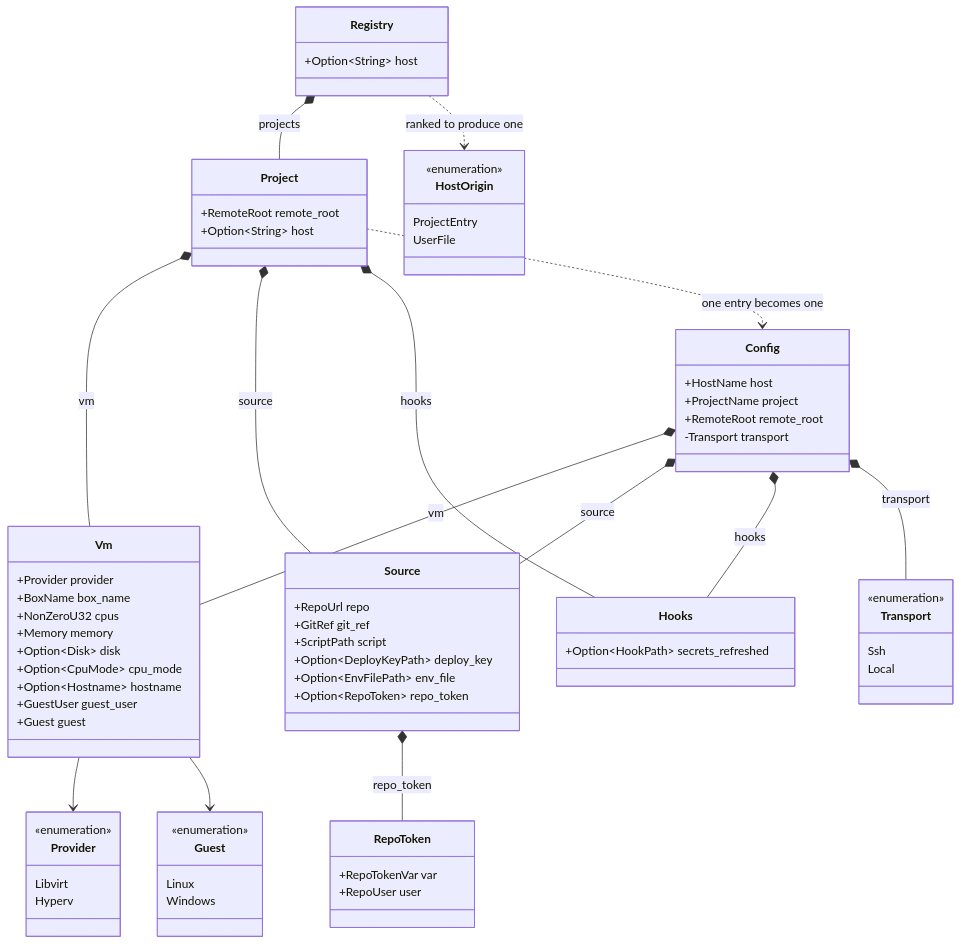
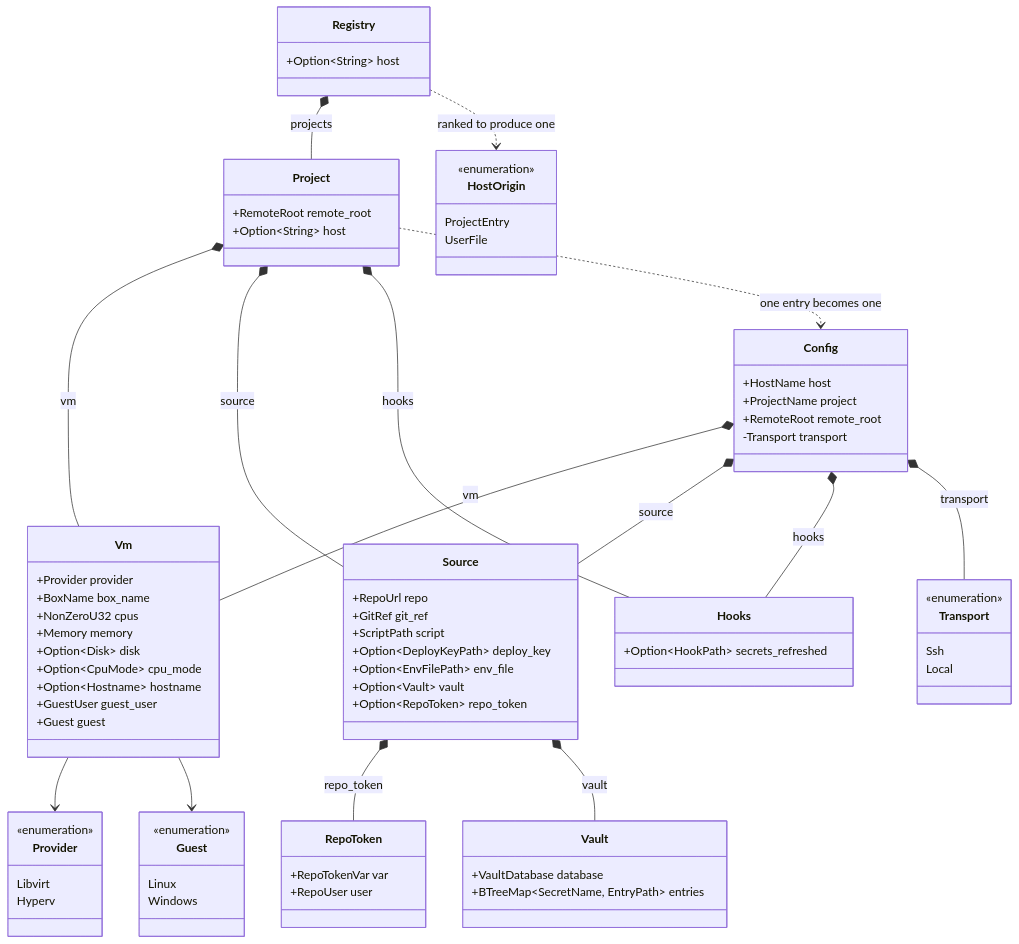
Before and after one commit to breki/bombyx: the third of 6 diagrams in docs/architecture.md, drawn with Mermaid. The commit also changed 21 other files, not shown here.

````diff
--- a/docs/architecture.md
+++ b/docs/architecture.md
@@ -151,76 +151,82 @@
 ```mermaid
 classDiagram
   class Config {
     +HostName host
     +ProjectName project
     +RemoteRoot remote_root
     -Transport transport
   }
   class Vm {
     +Provider provider
     +BoxName box_name
     +NonZeroU32 cpus
     +Memory memory
     +Option~Disk~ disk
     +Option~CpuMode~ cpu_mode
     +Option~Hostname~ hostname
     +GuestUser guest_user
     +Guest guest
   }
   class Source {
     +RepoUrl repo
     +GitRef git_ref
     +ScriptPath script
     +Option~DeployKeyPath~ deploy_key
     +Option~EnvFilePath~ env_file
+    +Option~Vault~ vault
     +Option~RepoToken~ repo_token
+  }
+  class Vault {
+    +VaultDatabase database
+    +BTreeMap~SecretName, EntryPath~ entries
   }
   class RepoToken {
     +RepoTokenVar var
     +RepoUser user
   }
   class Hooks {
     +Option~HookPath~ secrets_refreshed
   }
   class Provider {
     <<enumeration>>
     Libvirt
     Hyperv
   }
   class Guest {
     <<enumeration>>
     Linux
     Windows
   }
   class Registry {
     +Option~String~ host
   }
   class Project {
     +RemoteRoot remote_root
     +Option~String~ host
   }
   class HostOrigin {
     <<enumeration>>
     ProjectEntry
     UserFile
   }
   class Transport {
     <<enumeration>>
     Ssh
     Local
   }
 
   Config *-- Vm : vm
   Config *-- Source : source
   Config *-- Hooks : hooks
   Config *-- Transport : transport
   Registry *-- Project : projects
   Project *-- Vm : vm
   Project *-- Source : source
   Project *-- Hooks : hooks
   Project ..> Config : one entry becomes one
   Vm --> Provider
   Vm --> Guest
   Source *-- RepoToken : repo_token
+  Source *-- Vault : vault
   Registry ..> HostOrigin : ranked to produce one
 ```
````
